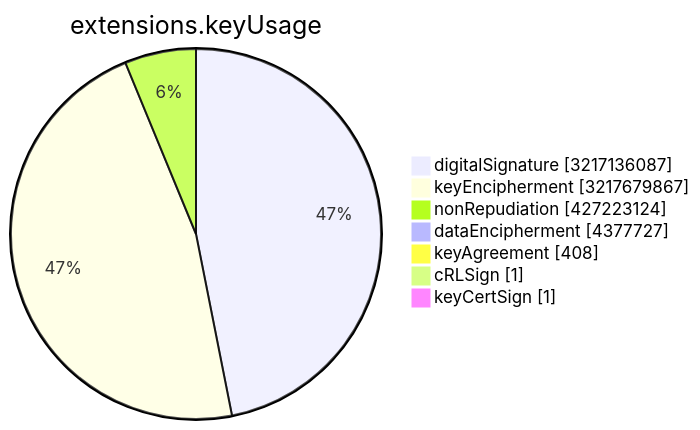
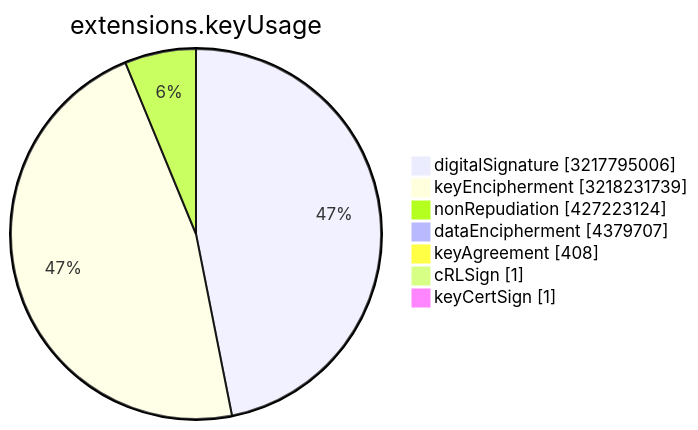
Before and after one commit to christiankrug/ctmonitor_visualization: the sixth of 15 diagrams in TOTAL/README.md, drawn with Mermaid. The commit also changed other lines of this file, not shown here.

````diff
--- a/TOTAL/README.md
+++ b/TOTAL/README.md
@@ -3077,11 +3077,11 @@
 ```mermaid
 pie showData
 title extensions.keyUsage
-"digitalSignature" :3217136087
-"keyEncipherment" :3217679867
+"digitalSignature" :3217795006
+"keyEncipherment" :3218231739
 "nonRepudiation" :427223124
-"dataEncipherment" :4377727
+"dataEncipherment" :4379707
 "keyAgreement" :408
 "cRLSign" :1
 "keyCertSign" :1
 ```
````
